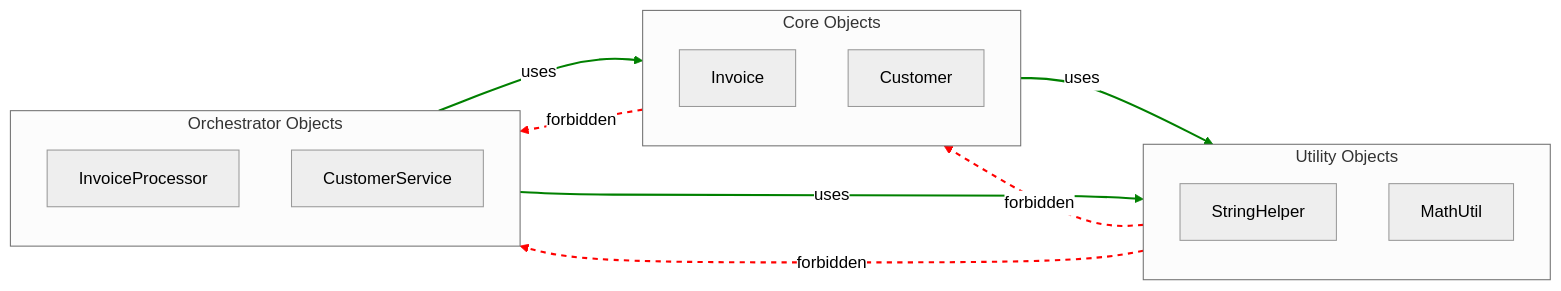
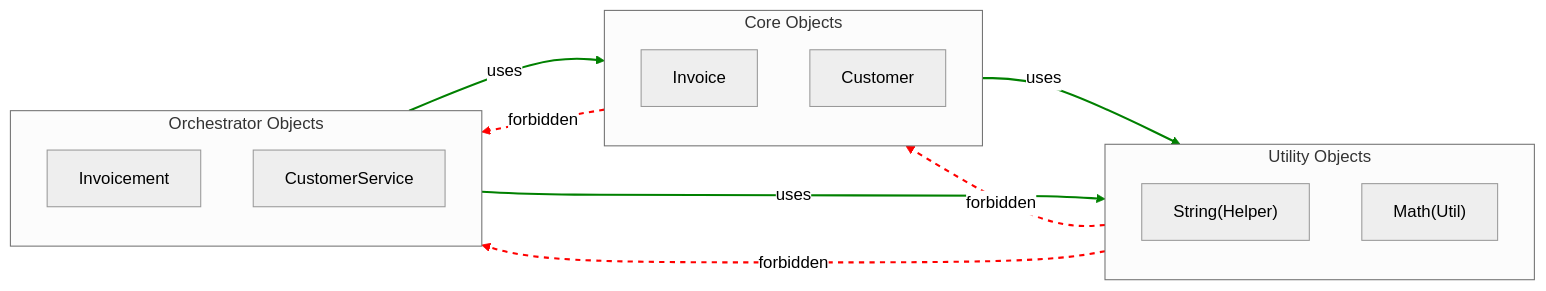
One commit to andreas-wagner-dev/object-oriented-learning-journey changed the eighth of 10 diagrams in blog/000_about.md. Above: the diagram before and after it, drawn with Mermaid (neutral theme).

````diff
--- a/blog/000_about.md
+++ b/blog/000_about.md
@@ -452,37 +452,37 @@
 ```mermaid
 flowchart LR
 
     %% Definition der Schichten
     subgraph H1["Utility Objects"]
-      U1["StringHelper"]
-      U2["MathUtil"]
+      U1["String(Helper)"]
+      U2["Math(Util)"]
     end
 
     subgraph H2["Core Objects"]
       C1["Invoice"]
       C2["Customer"]
     end
 
     subgraph H3["Orchestrator Objects"]
-      O1["InvoiceProcessor"]
+      O1["Invoicement"]
       O2["CustomerService"]
     end
 
     %% Erlaubte Abhängigkeiten (grün)
     H2 -->|uses| H1
     H3 -->|uses| H2
     H3 -->|uses| H1
 
     %% Verbotene Abhängigkeiten (rot gestrichelt)
     H1 -.->|forbidden| H2
     H1 -.->|forbidden| H3
     H2 -.->|forbidden| H3
 
     %% Styling
     linkStyle 0 stroke:green,stroke-width:2px
     linkStyle 1 stroke:green,stroke-width:2px
     linkStyle 2 stroke:green,stroke-width:2px
     linkStyle 3 stroke:red,stroke-width:2px,stroke-dasharray:5 5
     linkStyle 4 stroke:red,stroke-width:2px,stroke-dasharray:5 5
     linkStyle 5 stroke:red,stroke-width:2px,stroke-dasharray:5 5
 ```
````
